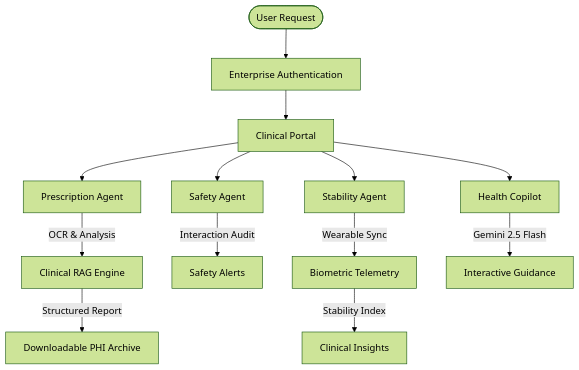
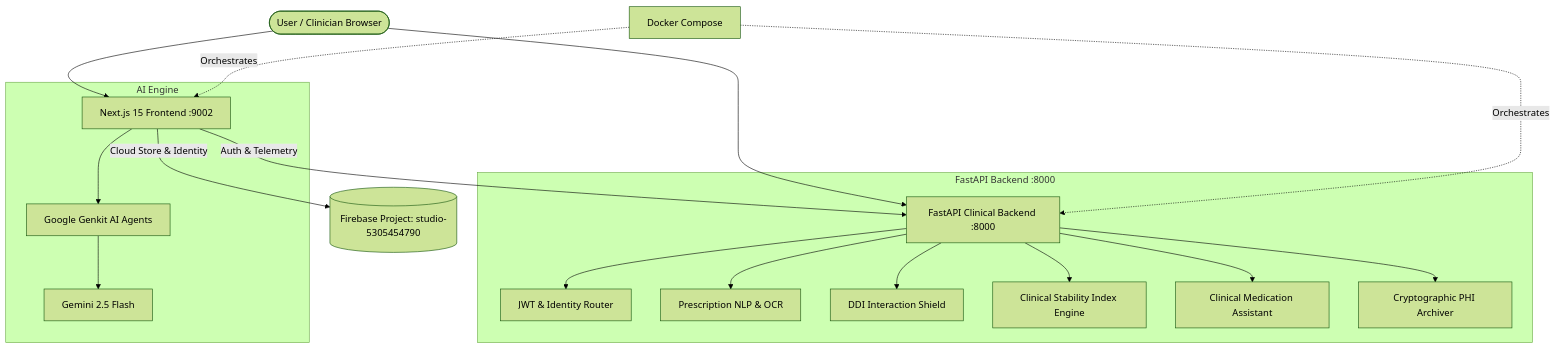
One commit to Kishor055/HealthAI changed the diagram in README.md. Above: the diagram before and after it, drawn with Mermaid (forest theme). The commit also changed other lines of this file and 84 other files, not shown here.

````diff
--- a/README.md
+++ b/README.md
@@ -62,19 +27,25 @@
 ```mermaid
 graph TD
-    User([User Request]) --> Auth[Enterprise Authentication]
-    Auth --> Dashboard[Clinical Portal]
+    Client([User / Clinician Browser]) --> Web[Next.js 15 Frontend :9002]
+    Client --> API[FastAPI Clinical Backend :8000]
     
-    Dashboard --> PrescAgent[Prescription Agent]
-    PrescAgent -->|OCR & Analysis| RAG[Clinical RAG Engine]
-    RAG -->|Structured Report| Report[Downloadable PHI Archive]
+    Web -->|Auth & Telemetry| API
+    Web -->|Cloud Store & Identity| Firebase[(Firebase Project: studio-5305454790)]
     
-    Dashboard --> SafetyAgent[Safety Agent]
-    SafetyAgent -->|Interaction Audit| Alert[Safety Alerts]
+    subgraph FastAPI Microservices [FastAPI Backend :8000]
+        API --> AuthMod[JWT & Identity Router]
+        API --> PrescMod[Prescription NLP & OCR]
+        API --> SafetyMod[DDI Interaction Shield]
+        API --> VitalMod[Clinical Stability Index Engine]
+        API --> ChatMod[Clinical Medication Assistant]
+        API --> RecMod[Cryptographic PHI Archiver]
+    end
     
-    Dashboard --> TrendAgent[Stability Agent]
-    TrendAgent -->|Wearable Sync| Bio[Biometric Telemetry]
-    Bio -->|Stability Index| Insight[Clinical Insights]
+    subgraph AI Engine
+        Web --> Genkit[Google Genkit AI Agents]
+        Genkit --> Gemini[Gemini 2.5 Flash]
+    end
     
-    Dashboard --> ChatAgent[Health Copilot]
-    ChatAgent -->|Gemini 2.5 Flash| Advice[Interactive Guidance]
+    Docker[Docker Compose] -.->|Orchestrates| Web
+    Docker -.->|Orchestrates| API
 ```
````
